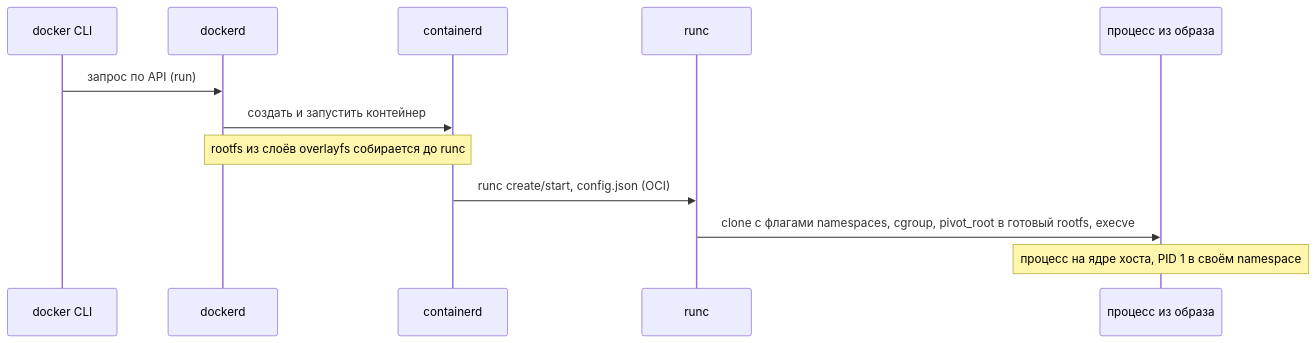
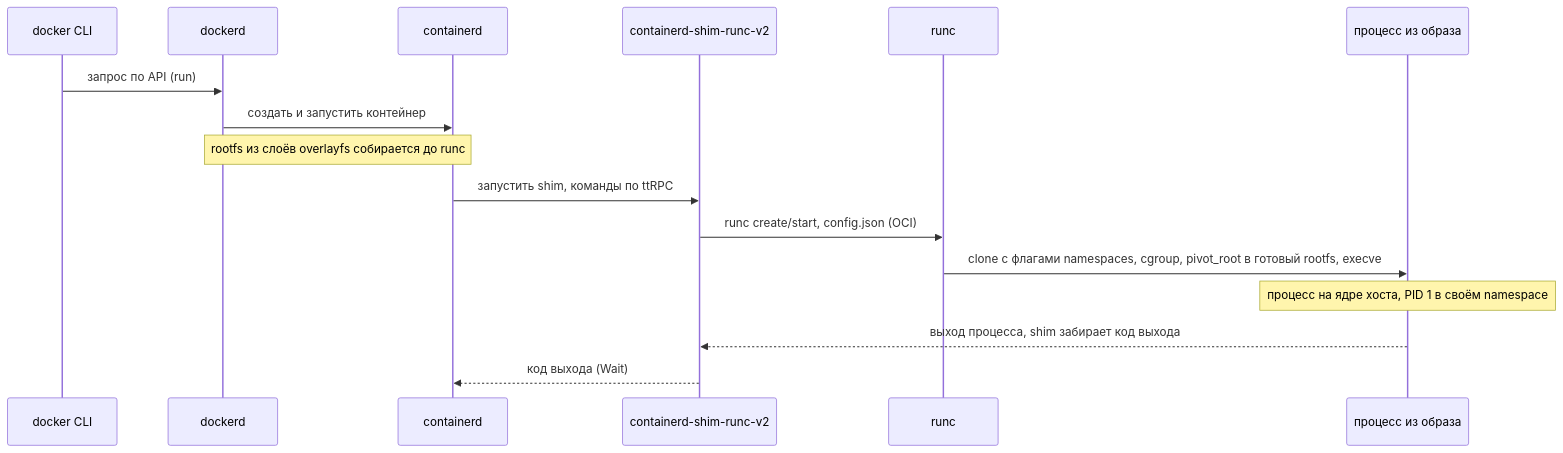
The diagram in Linux/Контейнеры изнутри.md (iamthen0ise/reference), drawn with Mermaid before and after one commit. The commit also changed other lines of this file and 3 other files, not shown here.

````diff
--- a/Linux/Контейнеры изнутри.md
+++ b/Linux/Контейнеры изнутри.md
@@ -411,14 +411,18 @@
 ```mermaid
 sequenceDiagram
     participant C as docker CLI
     participant D as dockerd
     participant K as containerd
+    participant S as containerd-shim-runc-v2
     participant R as runc
     participant P as процесс из образа
     C->>D: запрос по API (run)
     D->>K: создать и запустить контейнер
     Note over D,K: rootfs из слоёв overlayfs собирается до runc
-    K->>R: runc create/start, config.json (OCI)
+    K->>S: запустить shim, команды по ttRPC
+    S->>R: runc create/start, config.json (OCI)
     R->>P: clone с флагами namespaces, cgroup, pivot_root в готовый rootfs, execve
     Note over P: процесс на ядре хоста, PID 1 в своём namespace
+    P-->>S: выход процесса, shim забирает код выхода
+    S-->>K: код выхода (Wait)
 ```
````
